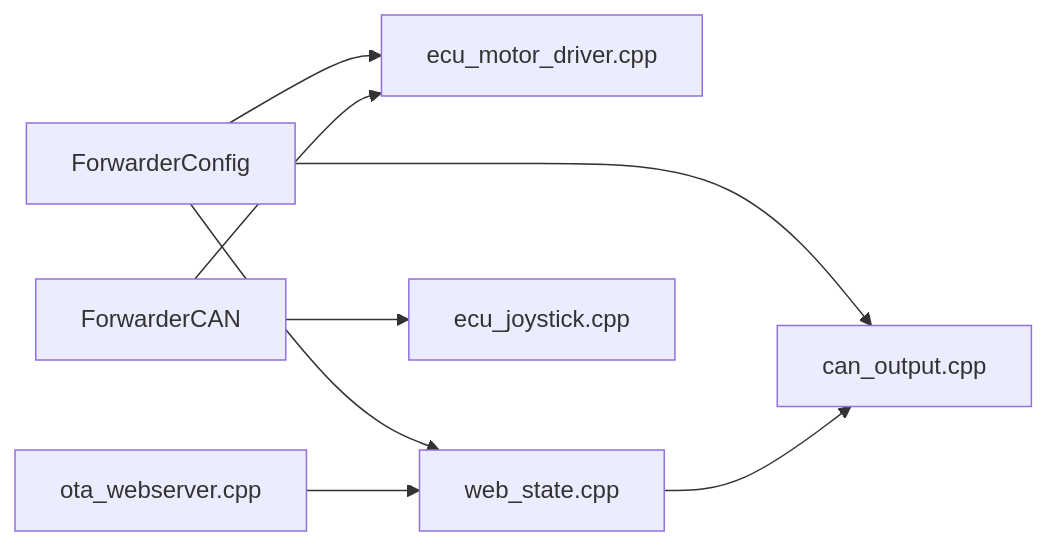
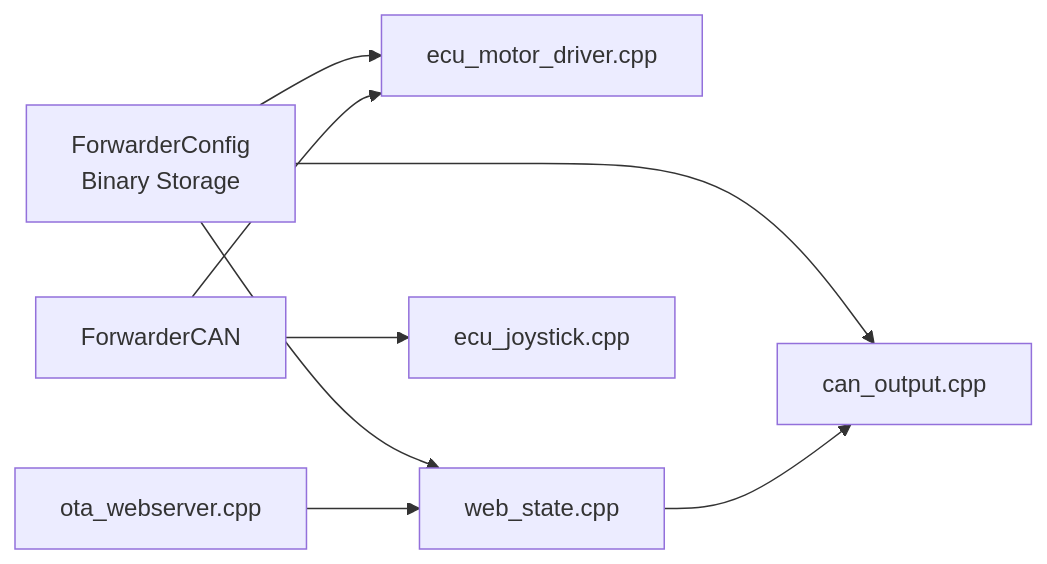
Before and after one commit to gunicsba/ESP_CAN_ECU_joystick_collection: the fifth of 5 diagrams in .qoder/repowiki/en/content/Configuration Management/Configuration Management.md, drawn with Mermaid. The commit also changed other lines of this file and 13 other files, not shown here.

````diff
--- a/.qoder/repowiki/en/content/Configuration Management/Configuration Management.md
+++ b/.qoder/repowiki/en/content/Configuration Management/Configuration Management.md
@@ -366,10 +407,10 @@
 ```mermaid
 graph LR
-CFG["ForwarderConfig"] --> MD["ecu_motor_driver.cpp"]
+CFG["ForwarderConfig<br/>Binary Storage"] --> MD["ecu_motor_driver.cpp"]
 CFG --> CO["can_output.cpp"]
 CFG --> WS["web_state.cpp"]
 WS --> CO
 OTA["ota_webserver.cpp"] --> WS
 CANLIB["ForwarderCAN"] --> MD
 CANLIB --> JS["ecu_joystick.cpp"]
 ```
````
